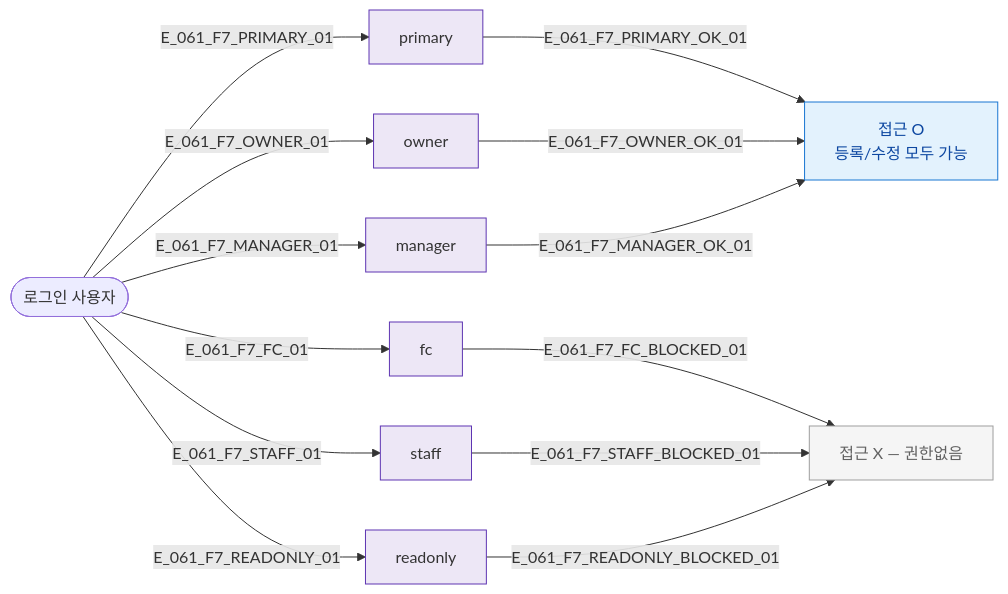
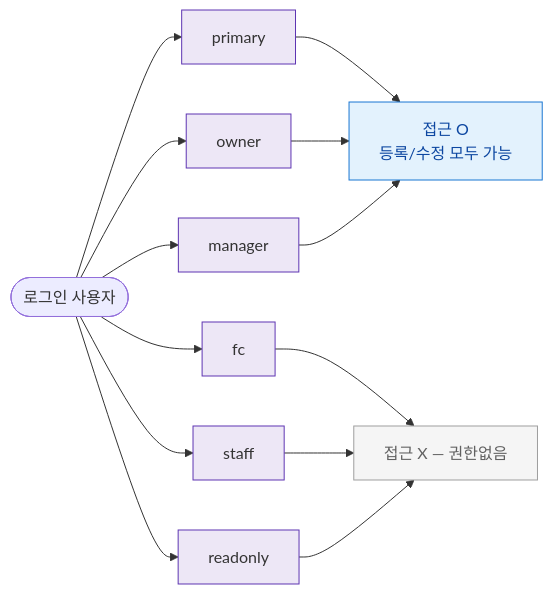
One commit to dev-spogym/admin-pando changed the diagram in docs/다이어그램/D07_직원관리/SCR-061_직원등록수정/F7_권한분기.md. Above: the diagram before and after it, drawn with Mermaid. The commit also changed other lines of this file and 1660 other files, not shown here.

First line of the commit message:
다이어그램: 기획자/클라이언트 납품본으로 정리

````diff
--- a/docs/다이어그램/D07_직원관리/SCR-061_직원등록수정/F7_권한분기.md
+++ b/docs/다이어그램/D07_직원관리/SCR-061_직원등록수정/F7_권한분기.md
@@ -18,27 +16,27 @@
 ```mermaid
 flowchart LR
   USER([로그인 사용자])
 
-  USER -->|E_061_F7_PRIMARY_01| R_PRIMARY[primary]
-  USER -->|E_061_F7_OWNER_01| R_OWNER[owner]
-  USER -->|E_061_F7_MANAGER_01| R_MANAGER[manager]
-  USER -->|E_061_F7_FC_01| R_FC[fc]
-  USER -->|E_061_F7_STAFF_01| R_STAFF[staff]
-  USER -->|E_061_F7_READONLY_01| R_READONLY[readonly]
+  USER --> R_PRIMARY[primary]
+  USER --> R_OWNER[owner]
+  USER --> R_MANAGER[manager]
+  USER --> R_FC[fc]
+  USER --> R_STAFF[staff]
+  USER --> R_READONLY[readonly]
 
-  R_PRIMARY -->|E_061_F7_PRIMARY_OK_01| ACCESS[접근 O\n등록/수정 모두 가능]
-  R_OWNER -->|E_061_F7_OWNER_OK_01| ACCESS
-  R_MANAGER -->|E_061_F7_MANAGER_OK_01| ACCESS
+  R_PRIMARY --> ACCESS[접근 O\n등록/수정 모두 가능]
+  R_OWNER --> ACCESS
+  R_MANAGER --> ACCESS
 
-  R_FC -->|E_061_F7_FC_BLOCKED_01| BLOCKED[접근 X — 권한없음]
-  R_STAFF -->|E_061_F7_STAFF_BLOCKED_01| BLOCKED
-  R_READONLY -->|E_061_F7_READONLY_BLOCKED_01| BLOCKED
+  R_FC --> BLOCKED[접근 X — 권한없음]
+  R_STAFF --> BLOCKED
+  R_READONLY --> BLOCKED
 
-  classDef screen      fill:#E3F2FD,stroke:#1976D2,color:#0D47A1
+  classDef screen fill:#E3F2FD,stroke:#1976D2,color:#0D47A1
   classDef rbacBlocked fill:#F5F5F5,stroke:#9E9E9E,color:#616161
-  classDef system      fill:#EDE7F6,stroke:#5E35B2
+  classDef system fill:#EDE7F6,stroke:#5E35B2
 
   class ACCESS screen
   class BLOCKED rbacBlocked
   class R_PRIMARY,R_OWNER,R_MANAGER,R_FC,R_STAFF,R_READONLY system
 ```
````
